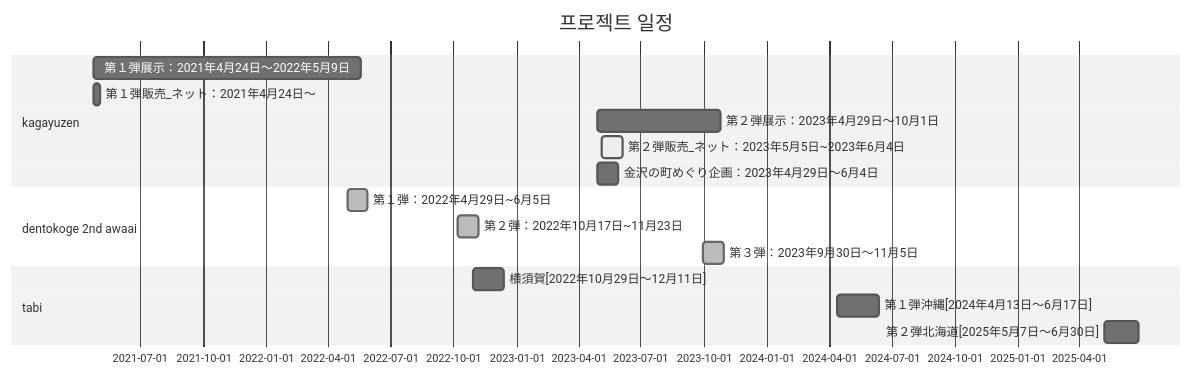
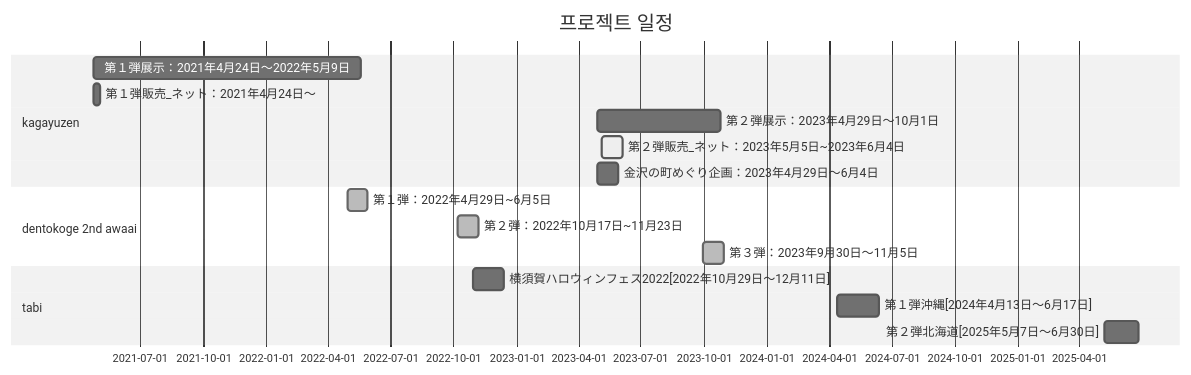
Before and after one commit to JihongNMI/SQL-and-Java: the diagram in 정리_세계시간.md, drawn with Mermaid (neutral theme).

````diff
--- a/정리_세계시간.md
+++ b/정리_세계시간.md
@@ -1,24 +1,24 @@
 ```mermaid
 gantt
     title 프로젝트 일정
     dateFormat  YYYY-MM-DD
 
     section kagayuzen
     第１弾展示：2021年4月24日～2022年5月9日    :    2021-04-24, 390d
     第１弾販売_ネット：2021年4月24日～    :    2021-04-24, 10d
     
     第２弾展示：2023年4月29日～10月1日    :    2023-04-29, 180d
     第２弾販売_ネット：2023年5月5日~2023年6月4日    :    active, 2023-05-05, 30d
     金沢の町めぐり企画：2023年4月29日～6月4日    :    2023-04-29, 30d
 
     section dentokoge 2nd awaai
     第１弾：2022年4月29日~6月5日    :    done, 2022-04-29, 30d
     第２弾：2022年10月17日~11月23日    :    done, 2022-10-07, 30d
     第３弾：2023年9月30日～11月5日    :    done, 2023-09-30, 30d
 
     section tabi
-    横須賀[2022年10月29日～12月11日]    :    2022-10-29, 45d
+    横須賀ハロウィンフェス2022[2022年10月29日～12月11日]    :    2022-10-29, 45d
     第１弾沖縄[2024年4月13日～6月17日]    :    2024-04-13, 60d
     第２弾北海道[2025年5月7日～6月30日]    :    2025-05-07, 50d
 
 ```
````
